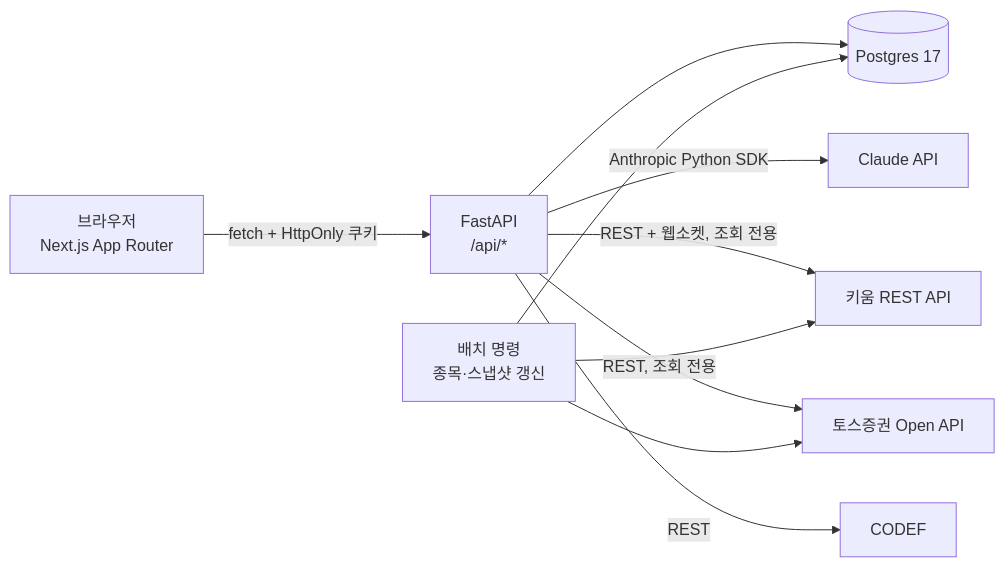
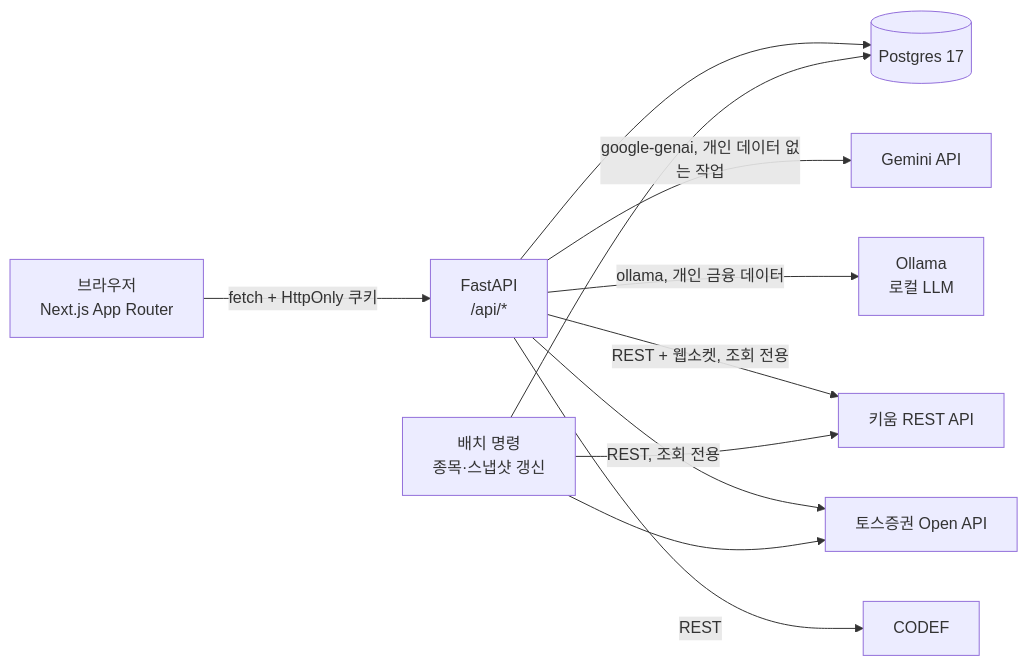
Before and after one commit to ohch9712/all-weather-finance: the diagram in docs/architecture.md, drawn with Mermaid. The commit also changed other lines of this file and 14 other files, not shown here.

First line of the commit message:
설계 보강: 목표 반영 추천 흐름, 상속·증여 방향 비교, LLM 공급자를 Gemini·Ollama로 변경

````diff
--- a/docs/architecture.md
+++ b/docs/architecture.md
@@ -8,12 +8,13 @@
 ```mermaid
 flowchart LR
   U[브라우저<br/>Next.js App Router] -->|fetch + HttpOnly 쿠키| A[FastAPI<br/>/api/*]
   A --> D[(Postgres 17)]
-  A -->|Anthropic Python SDK| L[Claude API]
+  A -->|google-genai, 개인 데이터 없는 작업| G[Gemini API]
+  A -->|ollama, 개인 금융 데이터| O[Ollama<br/>로컬 LLM]
   A -->|REST + 웹소켓, 조회 전용| K[키움 REST API]
   A -->|REST, 조회 전용| T[토스증권 Open API]
   A -->|REST| C[CODEF]
   J[배치 명령<br/>종목·스냅샷 갱신] --> K
   J --> T
   J --> D
 ```
````
